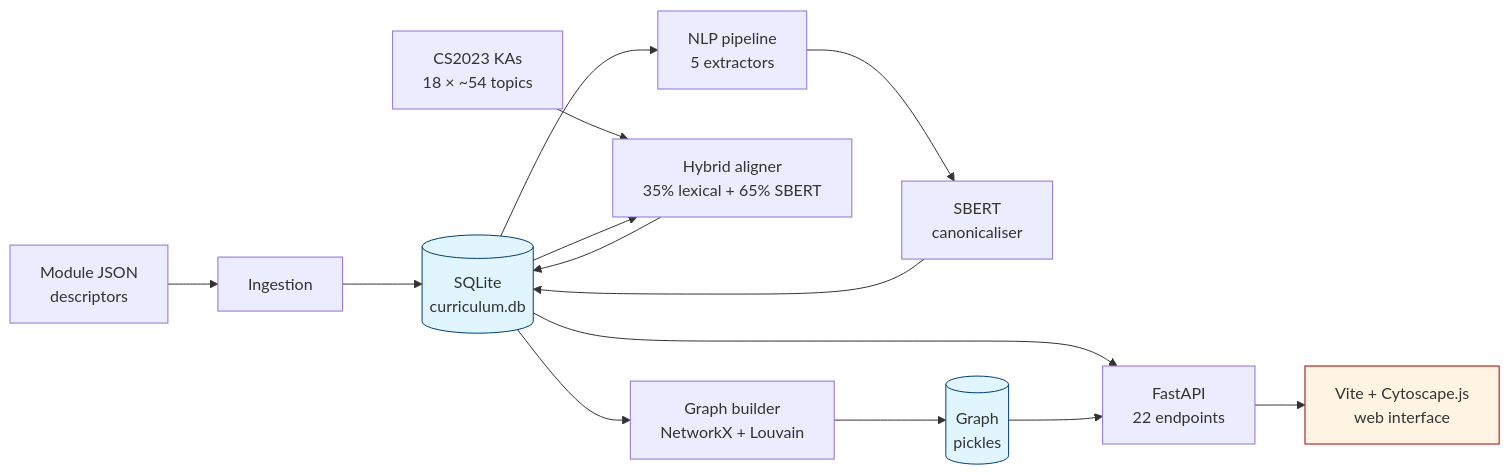
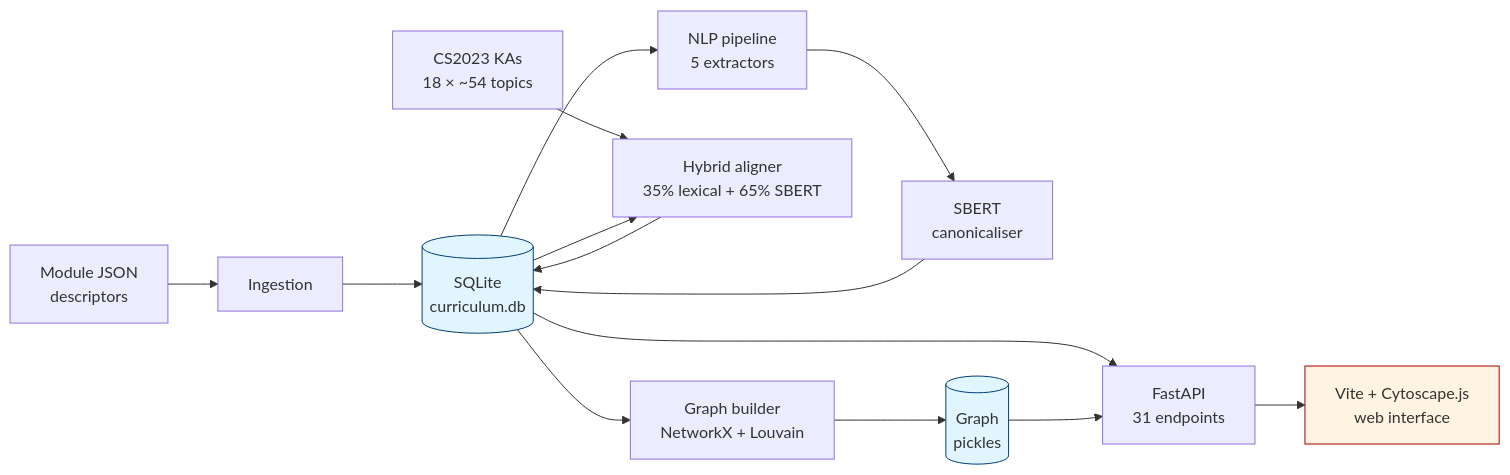
Before and after one commit to alanj5/ai-curriculum-mapper: the diagram in README.md, drawn with Mermaid. The commit also changed other lines of this file and 3 other files, not shown here.

````diff
--- a/README.md
+++ b/README.md
@@ -21,20 +21,20 @@
 ```mermaid
 flowchart LR
     A[Module JSON<br/>descriptors] --> B[Ingestion]
     B --> C[(SQLite<br/>curriculum.db)]
     C --> D[NLP pipeline<br/>5 extractors]
     D --> E[SBERT<br/>canonicaliser]
     E --> C
     F[CS2023 KAs<br/>18 × ~54 topics] --> G[Hybrid aligner<br/>35% lexical + 65% SBERT]
     C --> G
     G --> C
     C --> H[Graph builder<br/>NetworkX + Louvain]
     H --> I[(Graph<br/>pickles)]
-    C --> J[FastAPI<br/>22 endpoints]
+    C --> J[FastAPI<br/>31 endpoints]
     I --> J
     J --> K[Vite + Cytoscape.js<br/>web interface]
 
     style C fill:#e1f5ff,stroke:#003e74
     style I fill:#e1f5ff,stroke:#003e74
     style K fill:#fff4e1,stroke:#A50000
 ```
````
